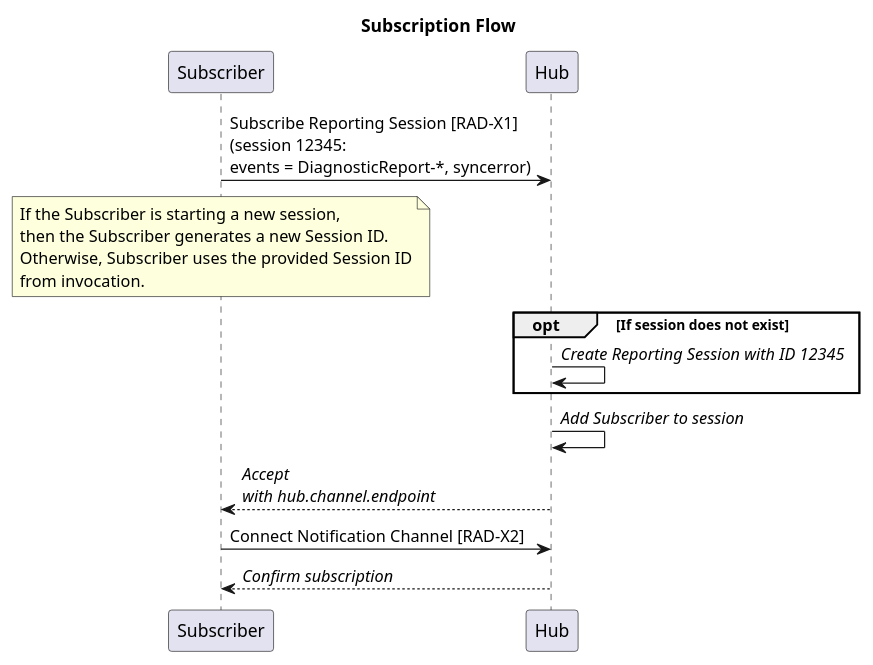
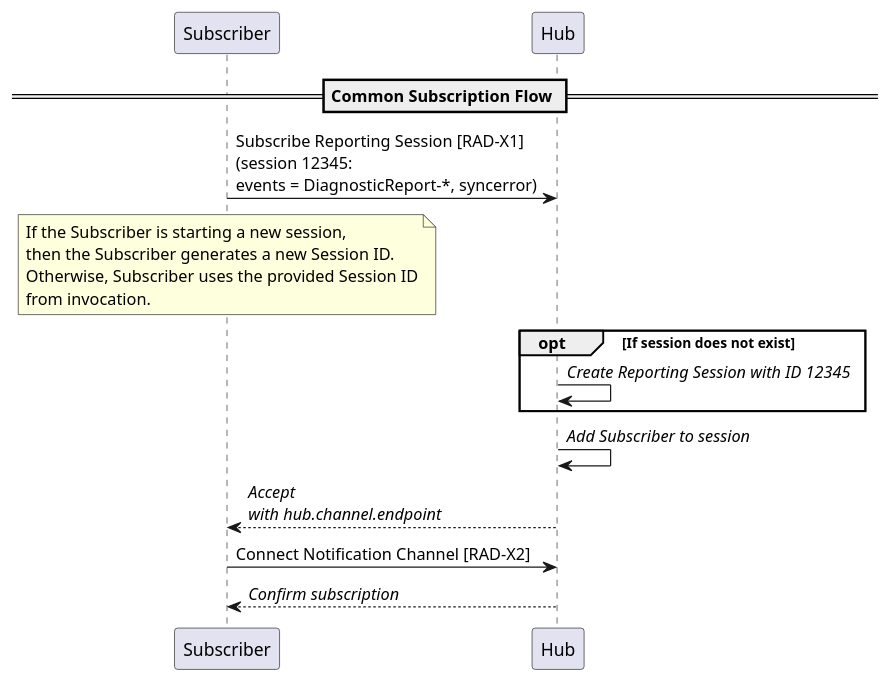
Before and after one commit to IHE/RAD.IRA: the diagram in input/images-source/common-subscription.plantuml, drawn with PlantUML. The commit also changed 15 other files, not shown here.

```diff
--- a/input/images-source/common-subscription.plantuml
+++ b/input/images-source/common-subscription.plantuml
@@ -1,27 +1,27 @@
 @startuml
-
-title Subscription Flow
 
 participant Subscriber as Sub
 participant Hub as Hub
+
+== Common Subscription Flow ==
 
 Sub->Hub: Subscribe Reporting Session [RAD-X1]\n(session 12345:\nevents = DiagnosticReport-*, syncerror)
 
 note over Sub
 If the Subscriber is starting a new session,
 then the Subscriber generates a new Session ID.
 Otherwise, Subscriber uses the provided Session ID
 from invocation.
 end note
 
 opt If session does not exist
 Hub->Hub: //Create Reporting Session with ID 12345//
 end
 
 Hub->Hub: //Add Subscriber to session//
 
 Hub-->Sub: //Accept//\n//with hub.channel.endpoint//
 Sub->Hub: Connect Notification Channel [RAD-X2]
 Hub-->Sub: //Confirm subscription//
 
 @enduml
```
